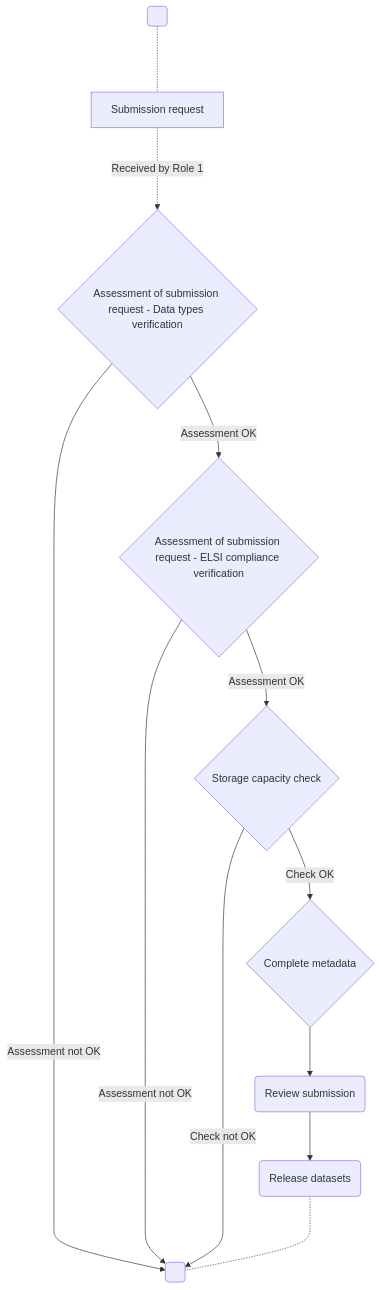
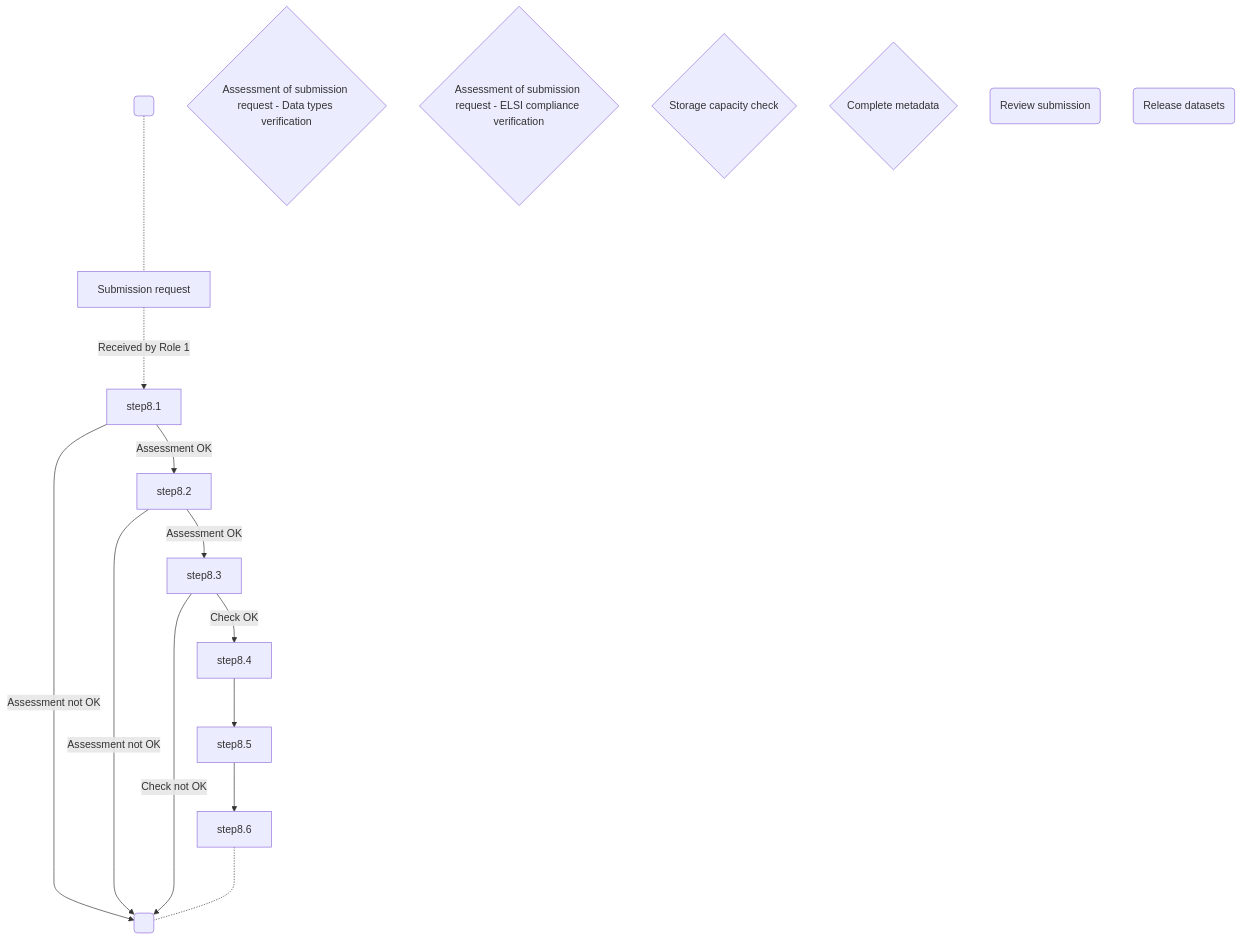
Before and after one commit to GenomicDataInfrastructure/standard-operating-procedures: the diagram in sops/node-specific/GDI-SOP0010_data-reception-procedure.md, drawn with Mermaid. The commit also changed other lines of this file, not shown here.

````diff
--- a/sops/node-specific/GDI-SOP0010_data-reception-procedure.md
+++ b/sops/node-specific/GDI-SOP0010_data-reception-procedure.md
@@ -76,24 +77,24 @@
 ```mermaid
 graph TB
     start( )
     input1[Submission request]
     step1.1{Assessment of submission request - Data types verification}
     step1.2{Assessment of submission request - ELSI compliance verification}
     step2{Storage capacity check}
     step3{Complete metadata}
     step4(Review submission)
     step5(Release datasets)
     ending(" ")
 
     start -..- input1
-    input1 -..->|Received by Role 1| step1.1
-    step1.1 -->|Assessment OK| step1.2
-    step1.1 -->|Assessment not OK| ending
-    step1.2 -->|Assessment OK| step2
-    step1.2 -->|Assessment not OK| ending
-    step2 -->|Check OK| step3
-    step2 -->|Check not OK| ending
-    step3 -->step4
-    step4 -->step5
-    step5 -..- ending
+    input1 -..->|Received by Role 1| step8.1
+    step8.1 -->|Assessment OK| step8.2
+    step8.1 -->|Assessment not OK| ending
+    step8.2 -->|Assessment OK| step8.3
+    step8.2 -->|Assessment not OK| ending
+    step8.3 -->|Check OK| step8.4
+    step8.3 -->|Check not OK| ending
+    step8.4 -->step8.5
+    step8.5 -->step8.6
+    step8.6 -..- ending
 ```
````
